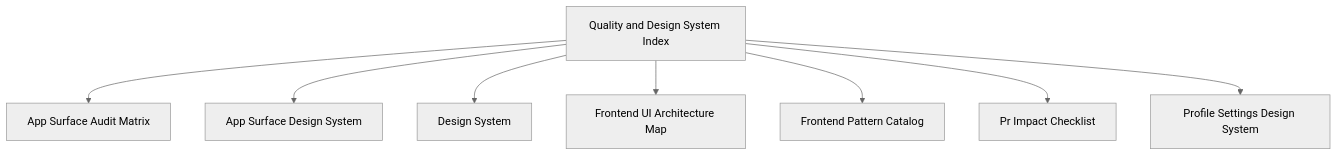
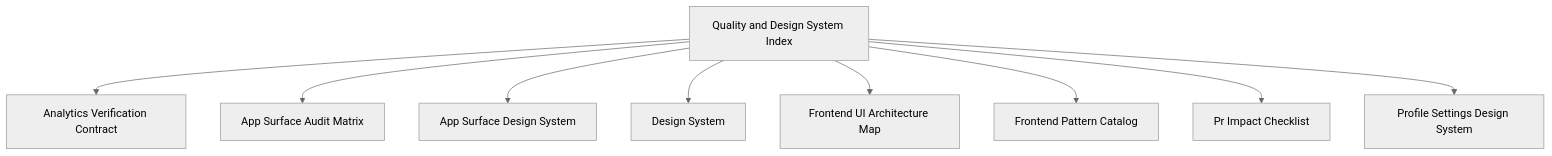
The diagram in docs/reference/quality/README.md (hushh-labs/hushh-research), drawn with Mermaid (neutral theme) before and after one commit. The commit also changed other lines of this file and 261 other files, not shown here.

````diff
--- a/docs/reference/quality/README.md
+++ b/docs/reference/quality/README.md
@@ -6,18 +6,20 @@
 ```mermaid
 flowchart TD
   root["Quality and Design System Index"]
+  n8["Analytics Verification Contract"]
+  root --> n8
   n1["App Surface Audit Matrix"]
   root --> n1
   n2["App Surface Design System"]
   root --> n2
   n3["Design System"]
   root --> n3
   n4["Frontend UI Architecture Map"]
   root --> n4
   n5["Frontend Pattern Catalog"]
   root --> n5
   n6["Pr Impact Checklist"]
   root --> n6
   n7["Profile Settings Design System"]
   root --> n7
 ```
````
